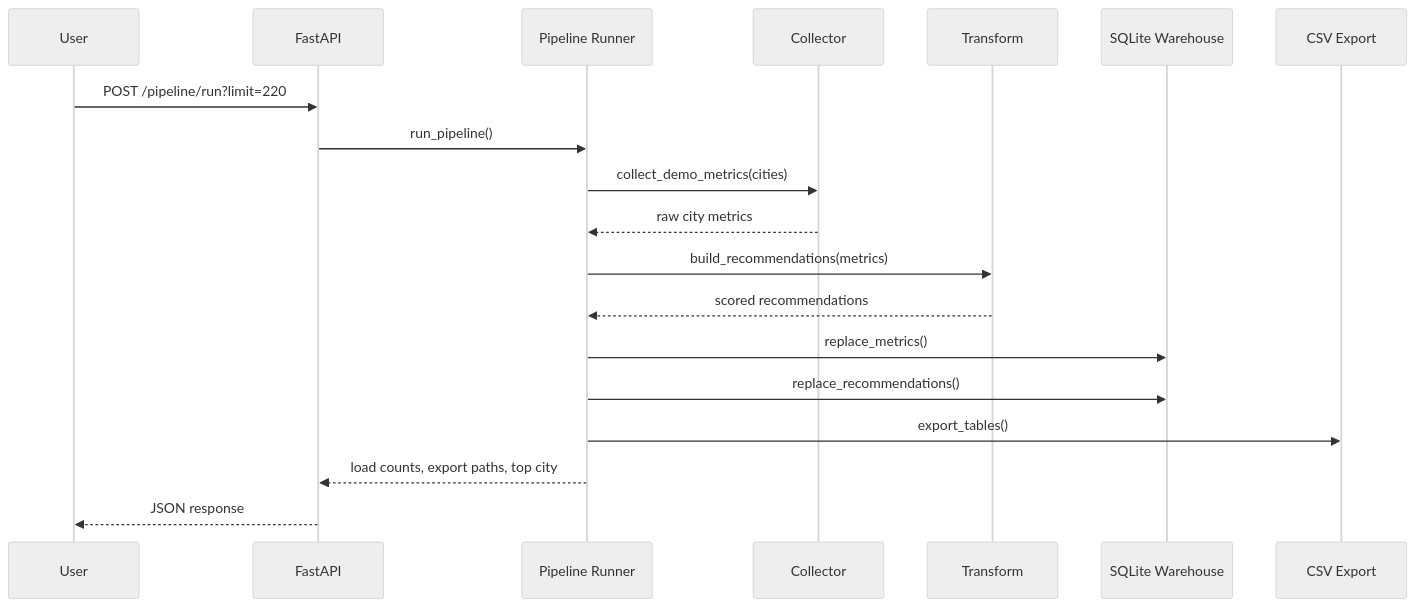
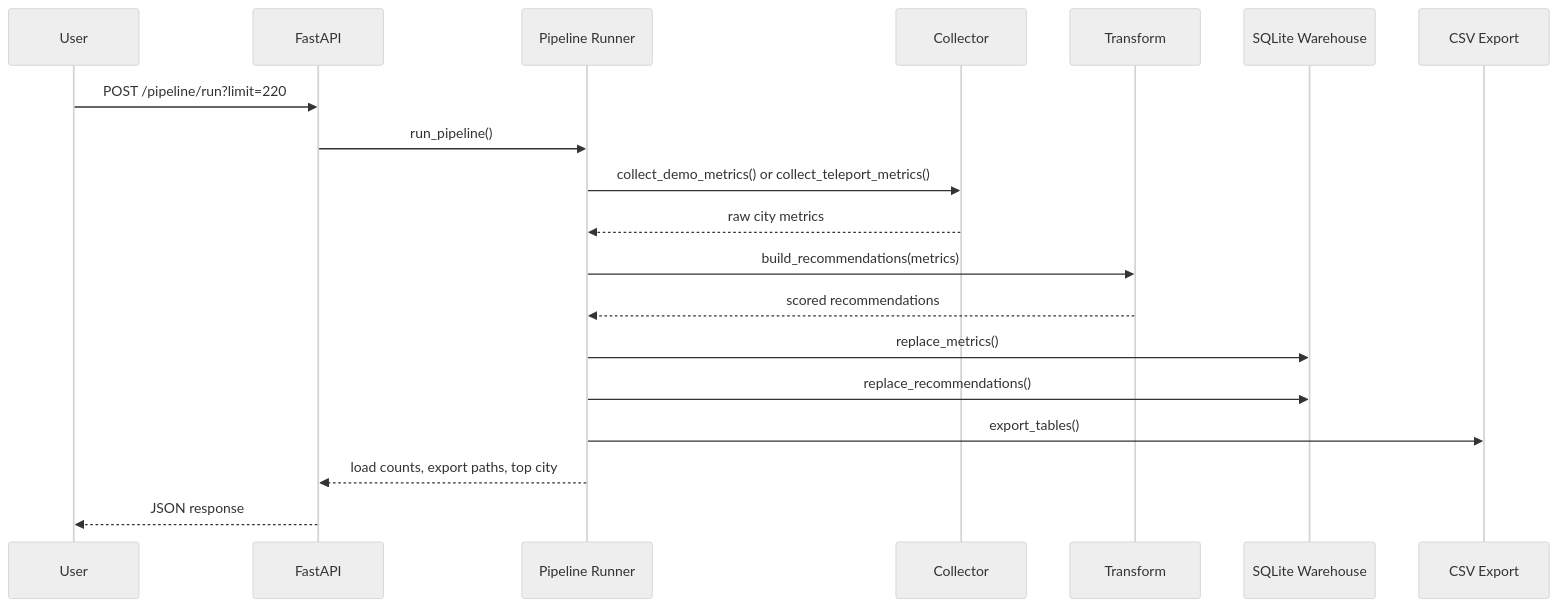
One commit to sandeshrajbhandari/cities-data-pipeline changed the second of 6 diagrams in dev-notes.md. Above: the diagram before and after it, drawn with Mermaid (neutral theme). The commit also changed other lines of this file and 10 other files, not shown here.

````diff
--- a/dev-notes.md
+++ b/dev-notes.md
@@ -39,22 +40,22 @@
 ```mermaid
 sequenceDiagram
     participant User
     participant API as FastAPI
     participant Runner as Pipeline Runner
     participant Collector
     participant Transform
     participant DB as SQLite Warehouse
     participant Export as CSV Export
 
     User->>API: POST /pipeline/run?limit=220
     API->>Runner: run_pipeline()
-    Runner->>Collector: collect_demo_metrics(cities)
+    Runner->>Collector: collect_demo_metrics() or collect_teleport_metrics()
     Collector-->>Runner: raw city metrics
     Runner->>Transform: build_recommendations(metrics)
     Transform-->>Runner: scored recommendations
     Runner->>DB: replace_metrics()
     Runner->>DB: replace_recommendations()
     Runner->>Export: export_tables()
     Runner-->>API: load counts, export paths, top city
     API-->>User: JSON response
 ```
````
